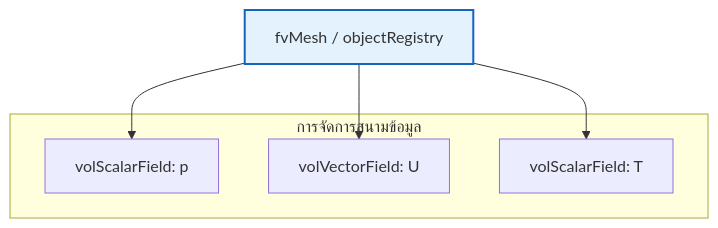
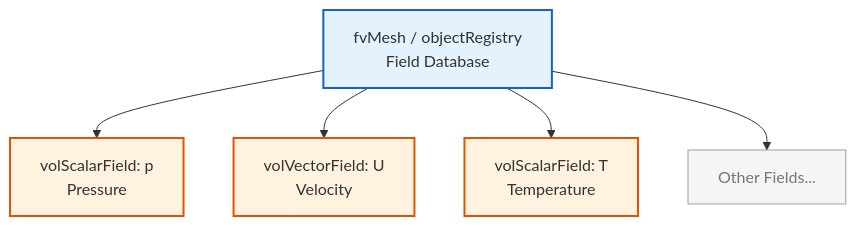
The second of 2 diagrams in MODULE_05_OPENFOAM_PROGRAMMING/CONTENT/04_MESH_CLASSES/05_fvMesh.md (wramet/build-my-cfd), drawn with Mermaid before and after one commit. The commit also changed other lines of this file and 313 other files, not shown here.

Commit message:
Revise all diagram

````diff
--- a/MODULE_05_OPENFOAM_PROGRAMMING/CONTENT/04_MESH_CLASSES/05_fvMesh.md
+++ b/MODULE_05_OPENFOAM_PROGRAMMING/CONTENT/04_MESH_CLASSES/05_fvMesh.md
@@ -195,14 +203,12 @@
 ```mermaid
 graph TD
-    M[fvMesh / objectRegistry] --> P[volScalarField: p]
-    M --> U[volVectorField: U]
-    M --> T[volScalarField: T]
-
-    subgraph "การจัดการสนามข้อมูล"
-        P
-        U
-        T
-    end
-
-    style M fill:#e3f2fd,stroke:#1565c0,stroke-width:2px
+%% Classes
+classDef explicit fill:#fff3e0,stroke:#e65100,stroke-width:2px;
+classDef implicit fill:#e3f2fd,stroke:#1565c0,stroke-width:2px;
+classDef context fill:#f5f5f5,stroke:#9e9e9e,stroke-width:1px,color:#757575;
+%% Nodes
+M[fvMesh / objectRegistry<br/>Field Database]:::implicit --> P[volScalarField: p<br/>Pressure]:::explicit
+M --> U[volVectorField: U<br/>Velocity]:::explicit
+M --> T[volScalarField: T<br/>Temperature]:::explicit
+M --> O[Other Fields...]:::context
 ```
````
